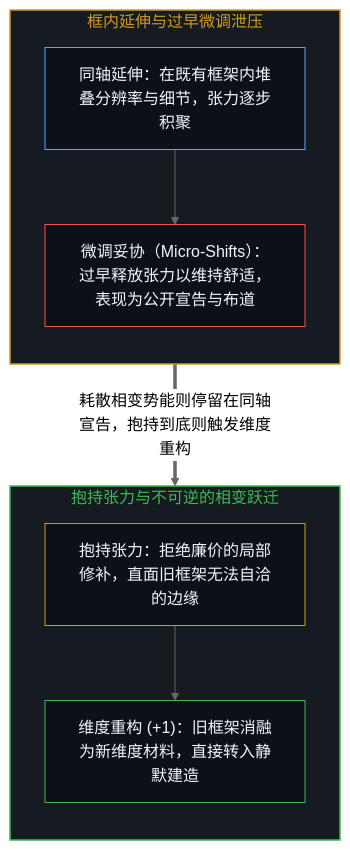
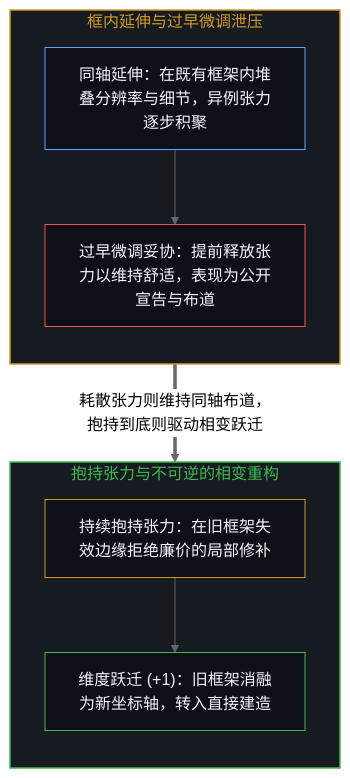
The first of 2 diagrams in content/posts/extension-and-shift.md (powerpig99/not-a-toe), drawn with Mermaid (neutral theme) before and after one commit. The commit also changed other lines of this file and 4 other files, not shown here.

````diff
--- a/content/posts/extension-and-shift.md
+++ b/content/posts/extension-and-shift.md
@@ -17,22 +17,22 @@
 ```mermaid
 flowchart TD
     subgraph S_Extend["框内延伸与过早微调泄压"]
         direction TB
-        Axis["同轴延伸：在既有框架内堆叠分辨率与细节，张力逐步积聚"]
-        Micro["微调妥协（Micro-Shifts）：过早释放张力以维持舒适，表现为公开宣告与布道"]
+        Axis["同轴延伸：在既有框架内堆叠分辨率与细节，异例张力逐步积聚"]
+        Micro["过早微调妥协：提前释放张力以维持舒适，表现为公开宣告与布道"]
         Axis --> Micro
     end
-    subgraph S_Shift["抱持张力与不可逆的相变跃迁"]
+    subgraph S_Shift["抱持张力与不可逆的相变重构"]
         direction TB
-        Hold["抱持张力：拒绝廉价的局部修补，直面旧框架无法自洽的边缘"]
-        Phase["维度重构 (+1)：旧框架消融为新维度材料，直接转入静默建造"]
+        Hold["持续抱持张力：在旧框架失效边缘拒绝廉价的局部修补"]
+        Phase["维度跃迁 (+1)：旧框架消融为新坐标轴，转入直接建造"]
         Hold --> Phase
     end
-    Micro ==>|"耗散相变势能则停留在同轴宣告，抱持到底则触发维度重构"| Hold
+    Micro ==>|"耗散张力则维持同轴布道，抱持到底则驱动相变跃迁"| Hold
     style S_Extend fill:#161b22,stroke:#d29922,stroke-width:1.5px,color:#d29922
     style S_Shift fill:#161b22,stroke:#3fb950,stroke-width:1.5px,color:#3fb950
     style Axis fill:#0d1117,stroke:#58a6ff,stroke-width:1px,color:#f0f6fc
     style Micro fill:#0d1117,stroke:#f85149,stroke-width:1px,color:#f0f6fc
     style Hold fill:#0d1117,stroke:#d29922,stroke-width:1px,color:#f0f6fc
     style Phase fill:#0d1117,stroke:#3fb950,stroke-width:1px,color:#f0f6fc
 ```
````
